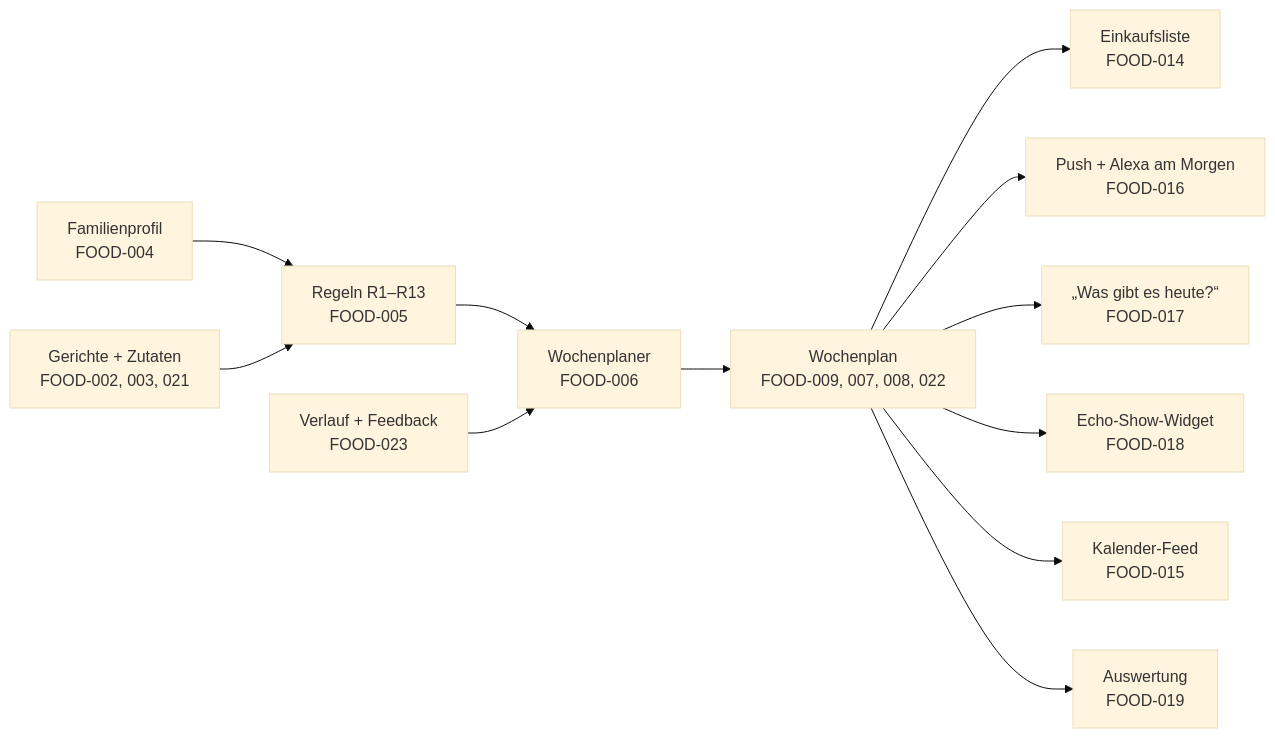
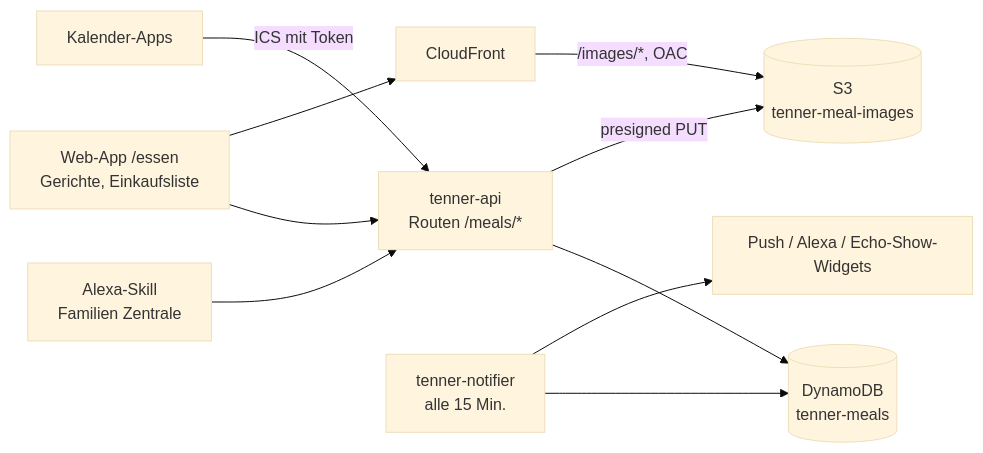
The diagram in docs/release-2.0/README.md (Gh0stbasta/tenner), drawn with Mermaid (base theme) before and after one commit. The commit also changed other lines of this file and 11 other files, not shown here.

````diff
--- a/docs/release-2.0/README.md
+++ b/docs/release-2.0/README.md
@@ -20,14 +50,12 @@
 ```mermaid
 flowchart LR
-  P[Familienprofil<br/>FOOD-004] --> R[Regeln R1–R13<br/>FOOD-005]
-  D[Gerichte + Zutaten<br/>FOOD-002, 003, 021] --> R
-  R --> PL[Wochenplaner<br/>FOOD-006]
-  H[Verlauf + Feedback<br/>FOOD-023] --> PL
-  PL --> W[Wochenplan<br/>FOOD-009, 007, 008, 022]
-  W --> S[Einkaufsliste<br/>FOOD-014]
-  W --> N[Push + Alexa am Morgen<br/>FOOD-016]
-  W --> A[„Was gibt es heute?“<br/>FOOD-017]
-  W --> E[Echo-Show-Widget<br/>FOOD-018]
-  W --> C[Kalender-Feed<br/>FOOD-015]
-  W --> AN[Auswertung<br/>FOOD-019]
+  App[Web-App /essen<br/>Gerichte, Einkaufsliste] --> API[tenner-api<br/>Routen /meals/*]
+  Alexa[Alexa-Skill<br/>Familien Zentrale] --> API
+  Cal[Kalender-Apps] -->|ICS mit Token| API
+  API --> Meals[(DynamoDB<br/>tenner-meals)]
+  API -->|presigned PUT| Img[(S3<br/>tenner-meal-images)]
+  CF[CloudFront] -->|/images/*, OAC| Img
+  App --> CF
+  Notifier[tenner-notifier<br/>alle 15 Min.] --> Meals
+  Notifier --> Push[Push / Alexa / Echo-Show-Widgets]
 ```
````
